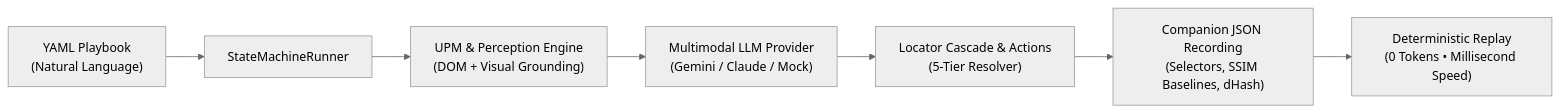
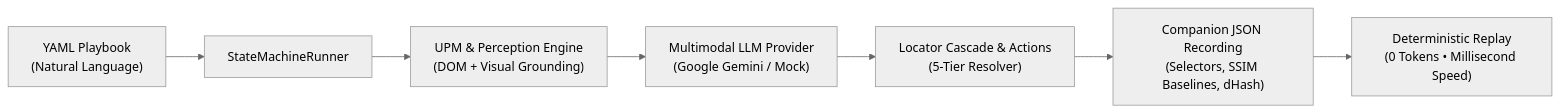
Before and after one commit to Xceptance/neodymium: the diagram in neodymium-core/README.md, drawn with Mermaid (neutral theme). The commit also changed other lines of this file and 68 other files, not shown here.

````diff
--- a/neodymium-core/README.md
+++ b/neodymium-core/README.md
@@ -13,9 +13,9 @@
 ```mermaid
 flowchart LR
     A["YAML Playbook<br/>(Natural Language)"] --> B["StateMachineRunner"]
     B --> C["UPM & Perception Engine<br/>(DOM + Visual Grounding)"]
-    C --> D["Multimodal LLM Provider<br/>(Gemini / Claude / Mock)"]
+    C --> D["Multimodal LLM Provider<br/>(Google Gemini / Mock)"]
     D --> E["Locator Cascade & Actions<br/>(5-Tier Resolver)"]
     E --> F["Companion JSON Recording<br/>(Selectors, SSIM Baselines, dHash)"]
     F --> G["Deterministic Replay<br/>(0 Tokens • Millisecond Speed)"]
 ```
````
